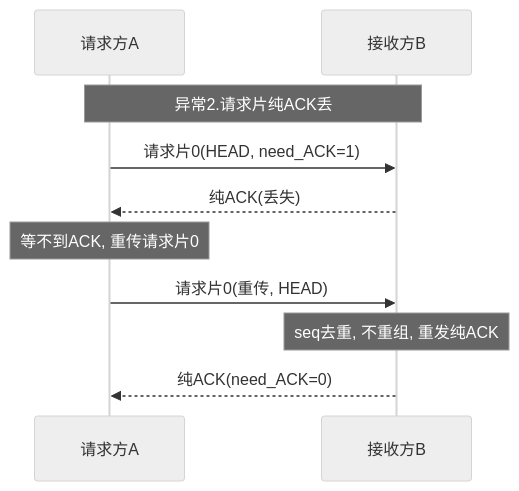
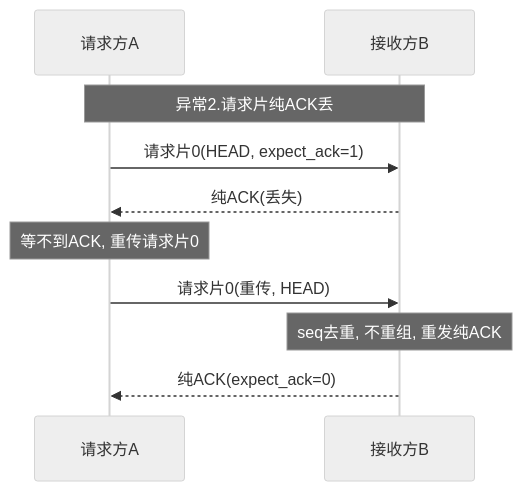
Before and after one commit to Siaiai/ObsidianNote: the ninth of 14 diagrams in 工作/项目/代码/260401S3分拣面板-SIA-R9000P.md, drawn with Mermaid (neutral theme). The commit also changed other lines of this file and 1 other file, not shown here.

````diff
--- a/工作/项目/代码/260401S3分拣面板-SIA-R9000P.md
+++ b/工作/项目/代码/260401S3分拣面板-SIA-R9000P.md
@@ -190,12 +205,12 @@
 ```mermaid
 sequenceDiagram
     participant A as 请求方A
     participant B as 接收方B
     Note over A,B: 异常2.请求片纯ACK丢
-    A->>B: 请求片0(HEAD, need_ACK=1)
+    A->>B: 请求片0(HEAD, expect_ack=1)
     B-->>A: 纯ACK(丢失)
     Note over A: 等不到ACK, 重传请求片0
     A->>B: 请求片0(重传, HEAD)
     Note over B: seq去重, 不重组, 重发纯ACK
-    B-->>A: 纯ACK(need_ACK=0)
+    B-->>A: 纯ACK(expect_ack=0)
 ```
````
